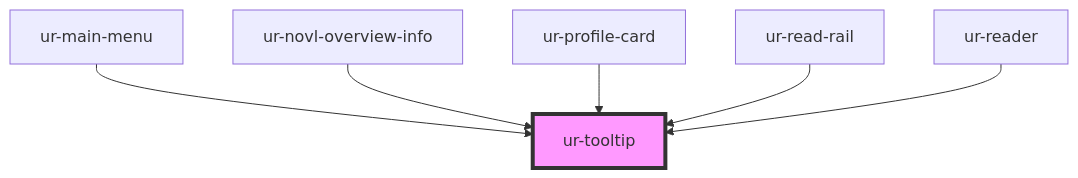
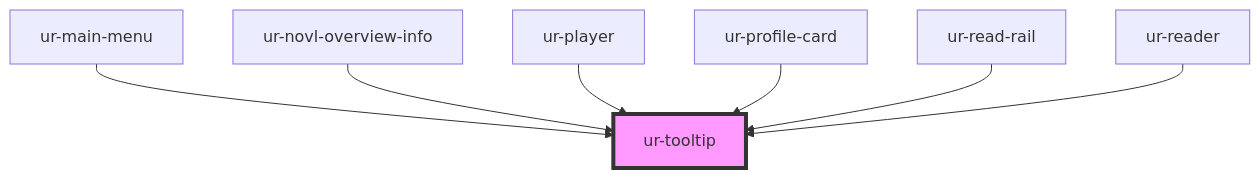
The diagram in src/components/ur-tooltip/readme.md (hellish/urnovl-web-components), drawn with Mermaid before and after one commit. The commit also changed other lines of this file and 27 other files, not shown here.

````diff
--- a/src/components/ur-tooltip/readme.md
+++ b/src/components/ur-tooltip/readme.md
@@ -33,9 +34,10 @@
 ```mermaid
 graph TD;
   ur-main-menu --> ur-tooltip
   ur-novl-overview-info --> ur-tooltip
+  ur-player --> ur-tooltip
   ur-profile-card --> ur-tooltip
   ur-read-rail --> ur-tooltip
   ur-reader --> ur-tooltip
   style ur-tooltip fill:#f9f,stroke:#333,stroke-width:4px
 ```
````
